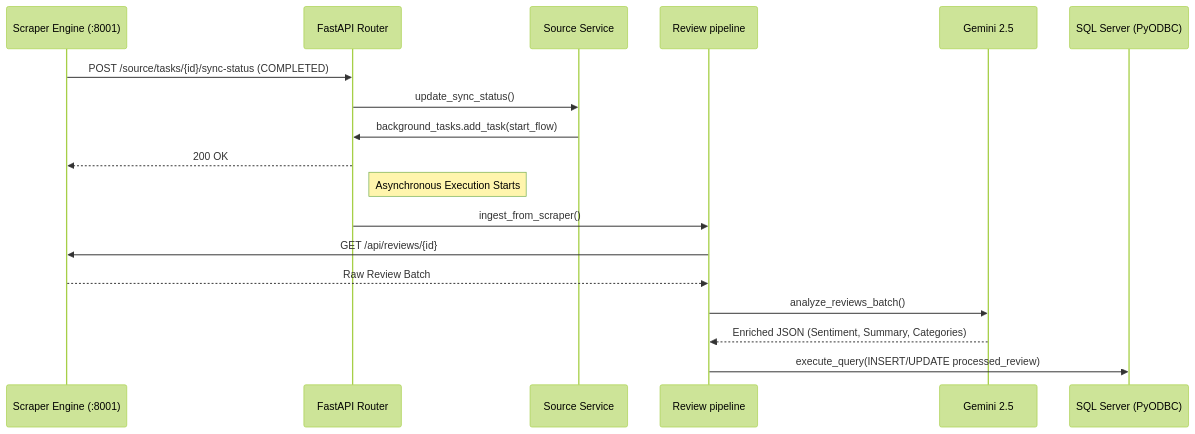
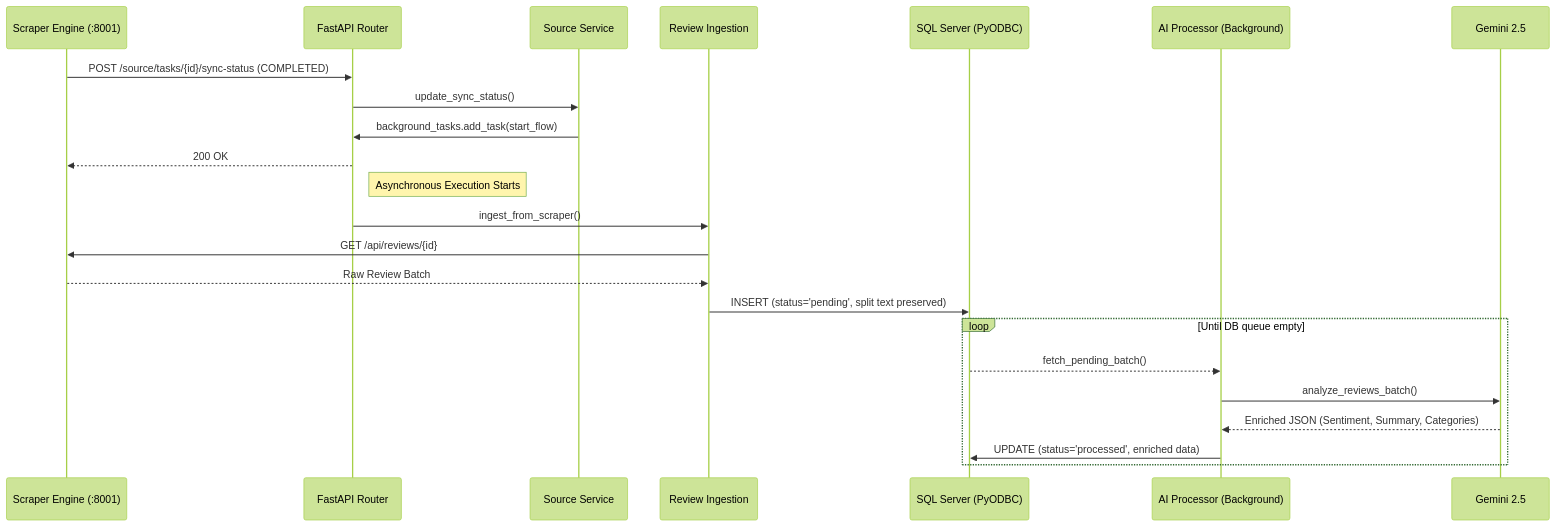
The diagram in backend/docs/about.md (Rzmy7/hotel-and-restaurant-review-management-system), drawn with Mermaid (forest theme) before and after one commit. The commit also changed other lines of this file and 8 other files, not shown here.

````diff
--- a/backend/docs/about.md
+++ b/backend/docs/about.md
@@ -43,21 +43,26 @@
 ```mermaid
 sequenceDiagram
     participant S as Scraper Engine (:8001)
     participant API as FastAPI Router
     participant SS as Source Service
-    participant RP as Review pipeline
+    participant RP as Review Ingestion
+    participant DB as SQL Server (PyODBC)
+    participant BP as AI Processor (Background)
     participant AI as Gemini 2.5
-    participant DB as SQL Server (PyODBC)
 
     S->>API: POST /source/tasks/{id}/sync-status (COMPLETED)
     API->>SS: update_sync_status()
     SS->>API: background_tasks.add_task(start_flow)
     API-->>S: 200 OK
     Note right of API: Asynchronous Execution Starts
     API->>RP: ingest_from_scraper()
     RP->>S: GET /api/reviews/{id}
     S-->>RP: Raw Review Batch
-    RP->>AI: analyze_reviews_batch()
-    AI-->>RP: Enriched JSON (Sentiment, Summary, Categories)
-    RP->>DB: execute_query(INSERT/UPDATE processed_review)
+    RP->>DB: INSERT (status='pending', split text preserved)
+    loop Until DB queue empty
+        DB-->>BP: fetch_pending_batch()
+        BP->>AI: analyze_reviews_batch()
+        AI-->>BP: Enriched JSON (Sentiment, Summary, Categories)
+        BP->>DB: UPDATE (status='processed', enriched data)
+    end
 ```
````
